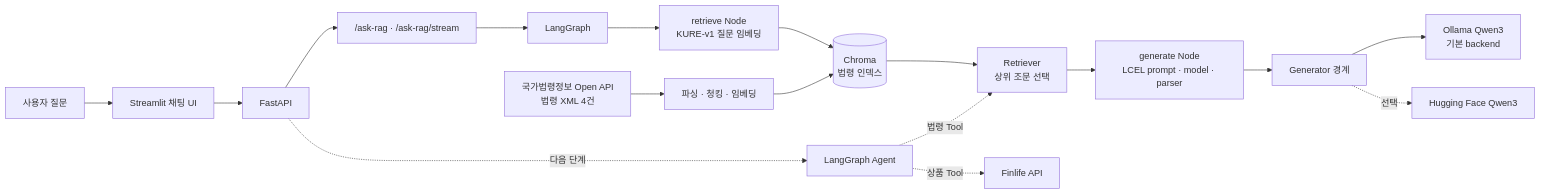
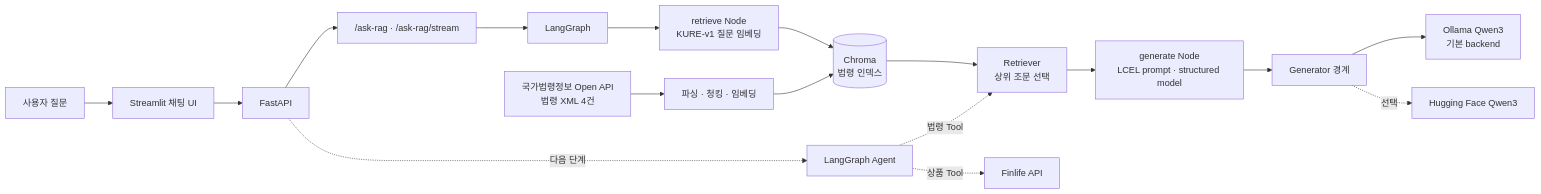
Before and after one commit to SWHee/korean-chatbot-lab: the diagram in README.md, drawn with Mermaid. The commit also changed other lines of this file and 2 other files, not shown here.

````diff
--- a/README.md
+++ b/README.md
@@ -26,24 +27,24 @@
 ```mermaid
 flowchart LR
     U[사용자 질문] --> UI[Streamlit 채팅 UI]
     UI --> API[FastAPI]
 
     API --> R["/ask-rag · /ask-rag/stream"]
     R --> LG[LangGraph]
     LG --> E[retrieve Node<br/>KURE-v1 질문 임베딩]
     E --> V[(Chroma<br/>법령 인덱스)]
     V --> T[Retriever<br/>상위 조문 선택]
-    T --> L[generate Node<br/>LCEL prompt · model · parser]
+    T --> L[generate Node<br/>LCEL prompt · structured model]
     L --> G
 
     G[Generator 경계]
     G --> O[Ollama Qwen3<br/>기본 backend]
     G -. 선택 .-> H[Hugging Face Qwen3]
 
     X[국가법령정보 Open API<br/>법령 XML 4건] --> P[파싱 · 청킹 · 임베딩]
     P --> V
 
     API -. 다음 단계 .-> A[LangGraph Agent]
     A -. 법령 Tool .-> T
     A -. 상품 Tool .-> F[Finlife API]
 ```
````
